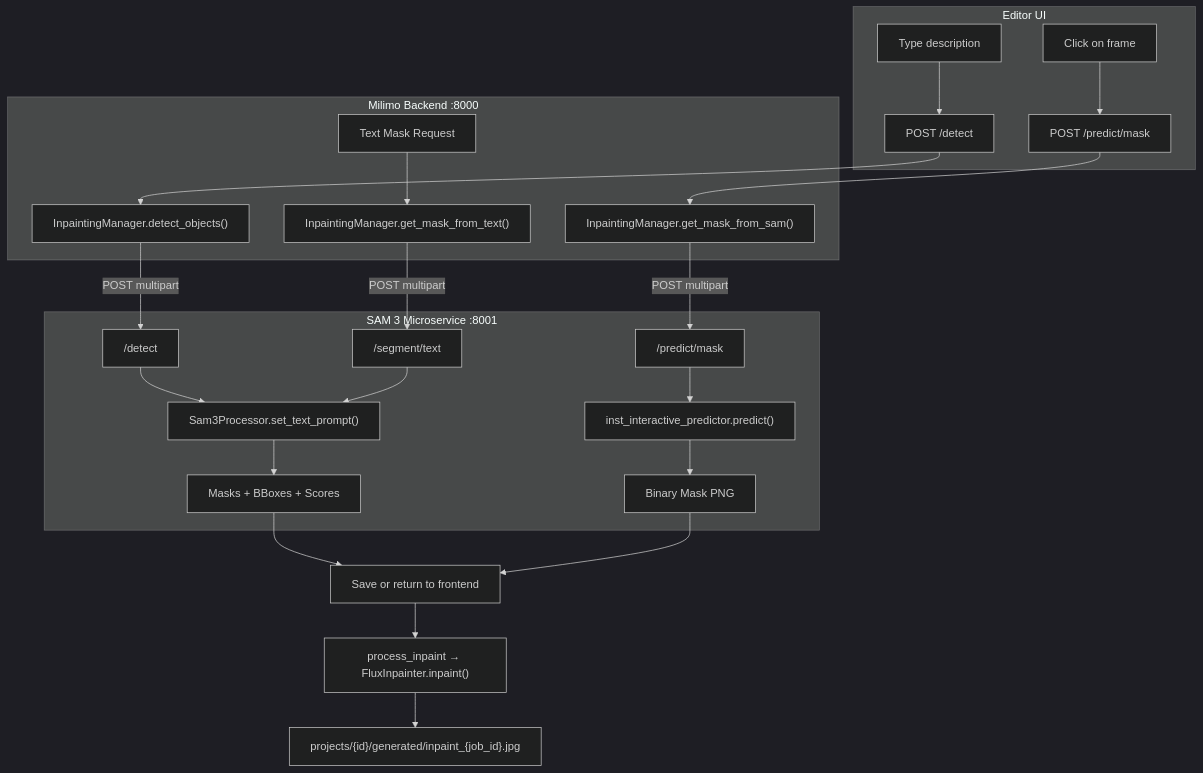
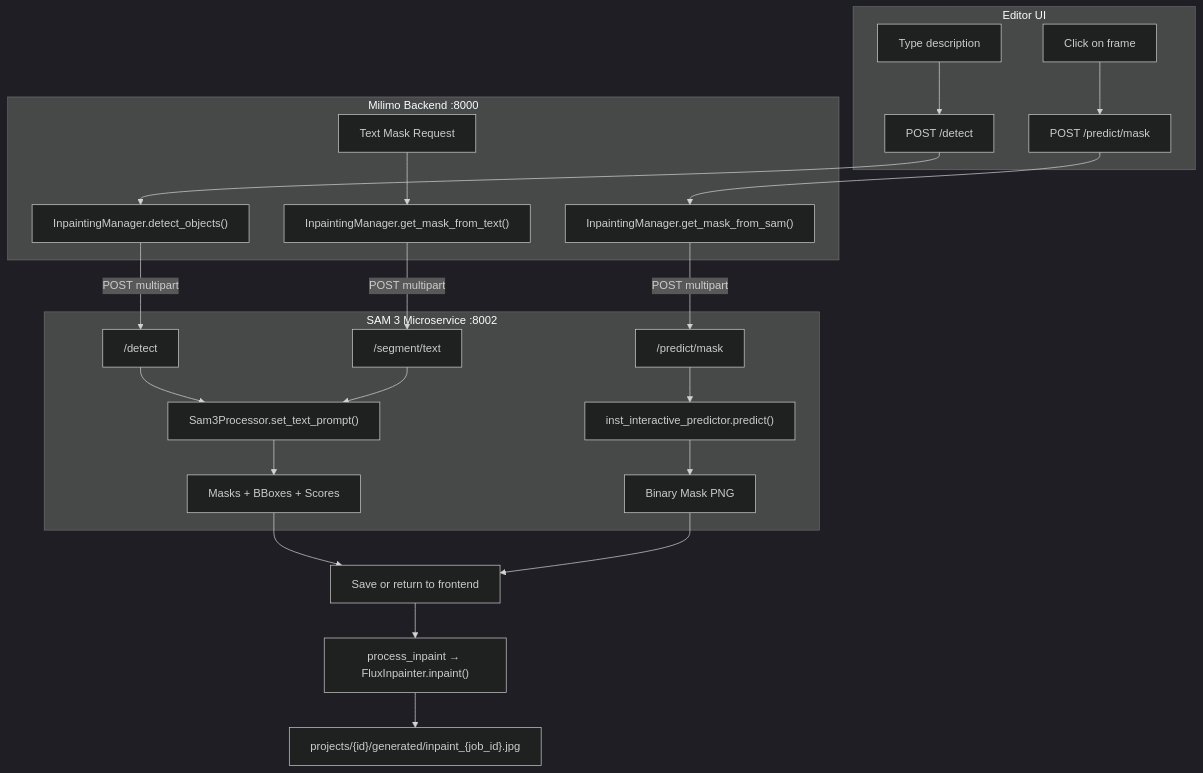
One commit to mainza-ai/milimovideo changed the fifth of 8 diagrams in docs/03_ai_pipelines.md. Above: the diagram before and after it, drawn with Mermaid (dark theme). The commit also changed other lines of this file and 56 other files, not shown here.

````diff
--- a/docs/03_ai_pipelines.md
+++ b/docs/03_ai_pipelines.md
@@ -326,30 +326,30 @@
 ```mermaid
 flowchart TD
     subgraph Frontend["Editor UI"]
         CLICK[Click on frame] --> PPOINT["POST /predict/mask"]
         TEXT["Type description"] --> PDETECT["POST /detect"]
     end
 
     subgraph Backend["Milimo Backend :8000"]
         PPOINT --> INP_MGR["InpaintingManager.get_mask_from_sam()"]
         PDETECT --> INP_MGR2["InpaintingManager.detect_objects()"]
         TEXT_MASK["Text Mask Request"] --> INP_MGR3["InpaintingManager.get_mask_from_text()"]
     end
 
-    subgraph SAM["SAM 3 Microservice :8001"]
+    subgraph SAM["SAM 3 Microservice :8002"]
         INP_MGR -->|"POST multipart"| POINT_EP["/predict/mask"]
         INP_MGR2 -->|"POST multipart"| DETECT_EP["/detect"]
         INP_MGR3 -->|"POST multipart"| SEGTEXT_EP["/segment/text"]
 
         POINT_EP --> IIP["inst_interactive_predictor.predict()"]
         DETECT_EP --> SP["Sam3Processor.set_text_prompt()"]
         SEGTEXT_EP --> SP
         SP --> MASKS["Masks + BBoxes + Scores"]
         IIP --> MASK["Binary Mask PNG"]
     end
 
     MASKS --> SAVE_M["Save or return to frontend"]
     MASK --> SAVE_M
     SAVE_M --> INPAINT["process_inpaint → FluxInpainter.inpaint()"]
     INPAINT --> OUTPUT["projects/{id}/generated/inpaint_{job_id}.jpg"]
 ```
````
